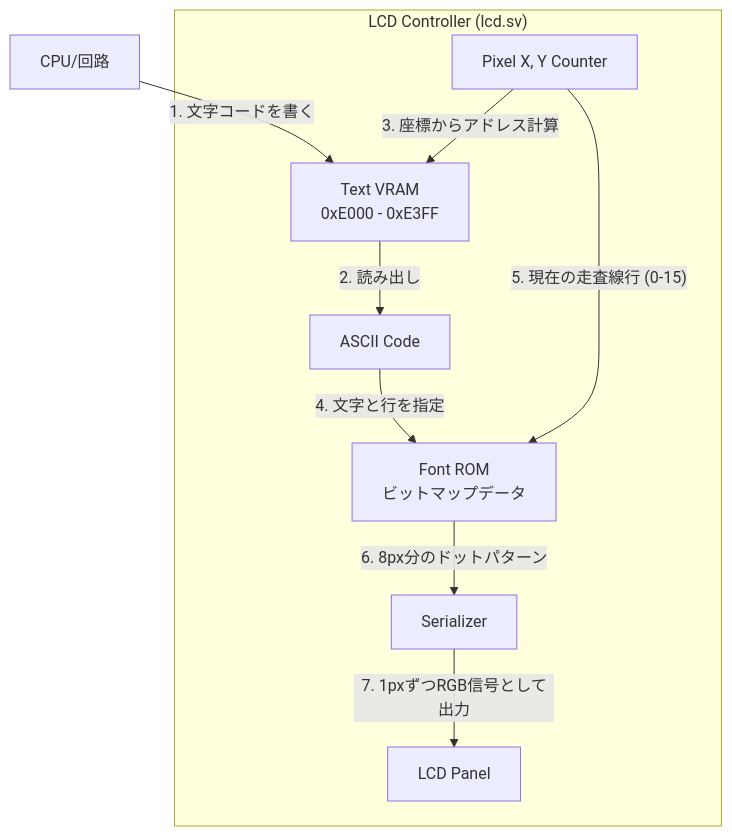
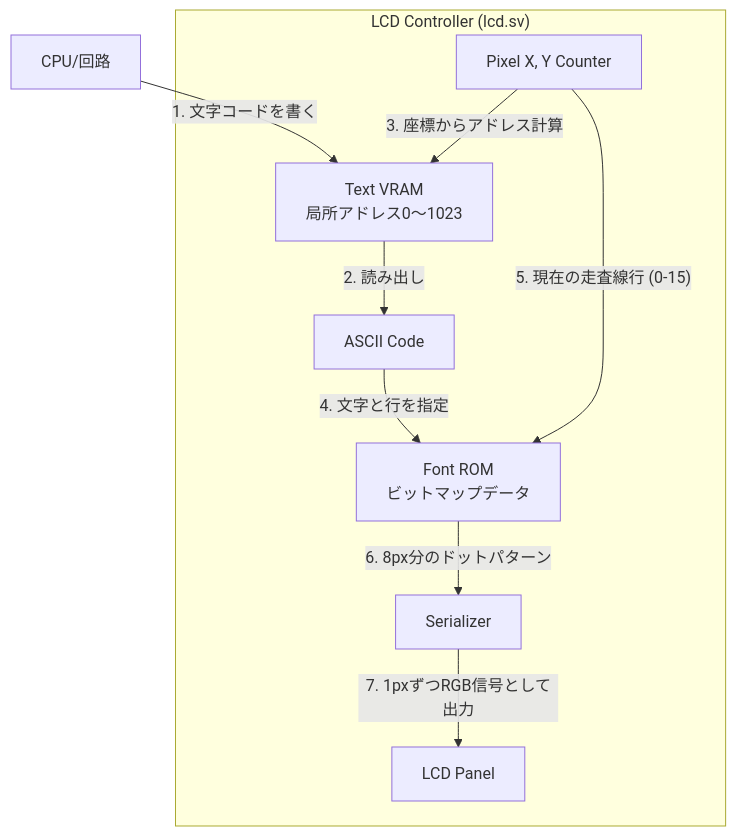
The second of 2 diagrams in day04/README_ja.md (sokoide/tangnano_6502_cpu), drawn with Mermaid before and after one commit. The commit also changed other lines of this file and 151 other files, not shown here.

````diff
--- a/day04/README_ja.md
+++ b/day04/README_ja.md
@@ -65,13 +68,13 @@
 ```mermaid
 graph TD
-    CPU[CPU/回路] -->|1. 文字コードを書く| VRAM[Text VRAM<br/>0xE000 - 0xE3FF]
+    CPU[CPU/回路] -->|1. 文字コードを書く| VRAM[Text VRAM<br/>局所アドレス0～1023]
 
     subgraph "LCD Controller (lcd.sv)"
         VRAM -->|2. 読み出し| Code[ASCII Code]
         Coord[Pixel X, Y Counter] -->|3. 座標からアドレス計算| VRAM
         Code -->|4. 文字と行を指定| FontROM[Font ROM<br/>ビットマップデータ]
         Coord -->|"5. 現在の走査線行 (0-15)"| FontROM
         FontROM -->|6. 8px分のドットパターン| Serial[Serializer]
         Serial -->|7. 1pxずつRGB信号として出力| Panel[LCD Panel]
     end
 ```
````
